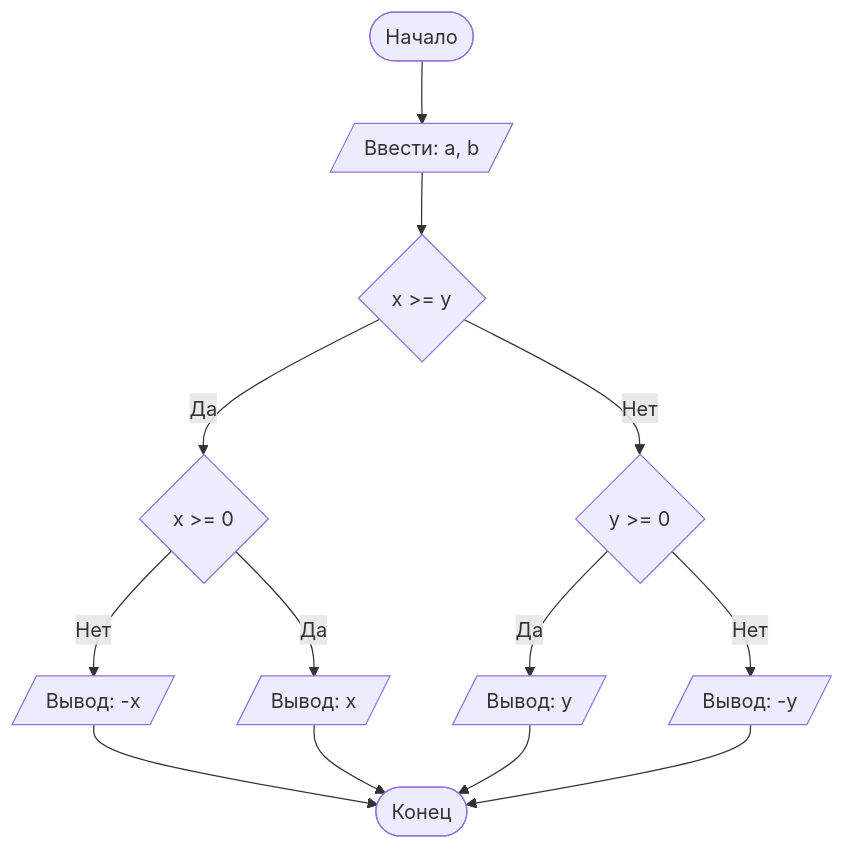
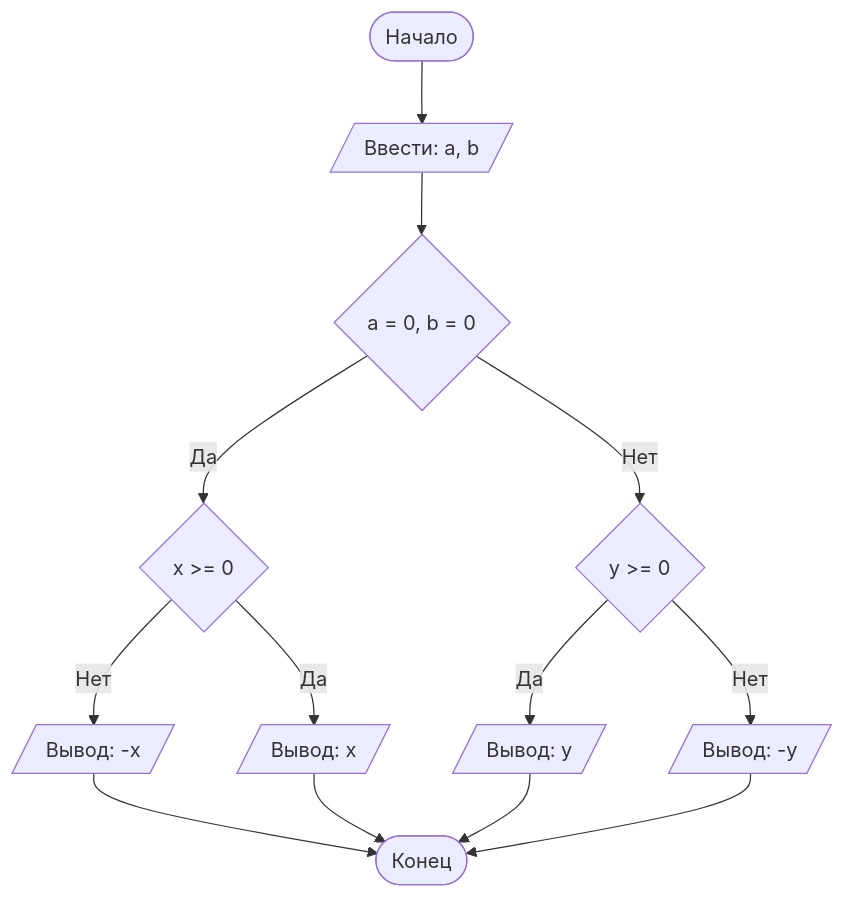
Before and after one commit to KkaizzzFR16/Lab1: the diagram in README.md, drawn with Mermaid.

````diff
--- a/README.md
+++ b/README.md
@@ -91,16 +91,16 @@
 ```mermaid
 graph TD
     A([Начало]) --> B[/Ввести: a, b/]
-    B --> C{x >= y}
+    B --> C{a = 0, b = 0}
     C -- Нет --> D{y >= 0}
     D -- Нет --> E[/Вывод: -y/]
     D -- Да --> H[/Вывод: y/]
     C -- Да --> I{x >= 0}
     I -- Нет --> J[/Вывод: -x/]
     I -- Да --> K[/Вывод: x/]
     J --> Z
     K --> Z
     H --> Z
     E --> Z([Конец])
 
 ```
````
